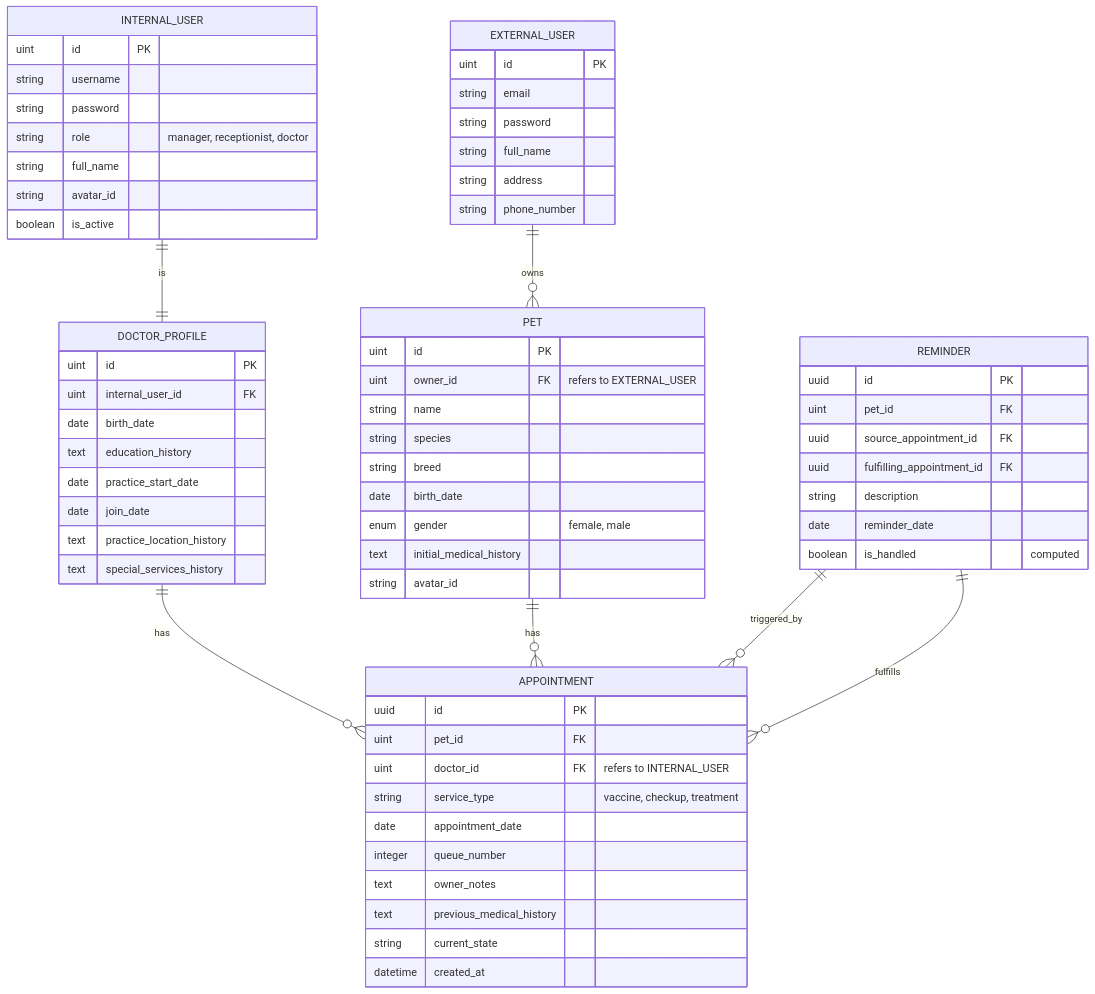
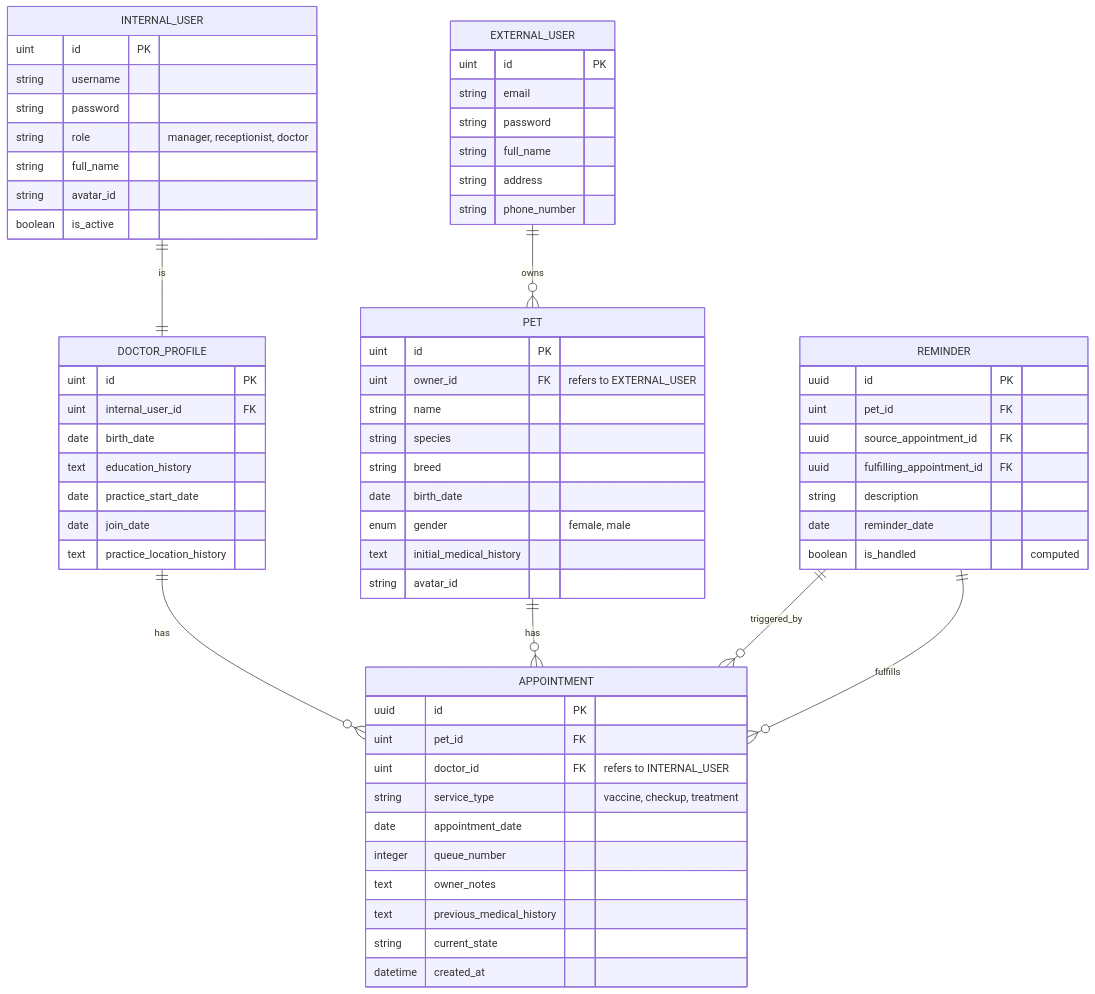
The diagram in DATABASE.md (levirs565/klinik-hewan), drawn with Mermaid before and after one commit. The commit also changed other lines of this file and 6 other files, not shown here.

````diff
--- a/DATABASE.md
+++ b/DATABASE.md
@@ -10,73 +10,72 @@
 ```mermaid
 erDiagram
     EXTERNAL_USER ||--o{ PET : owns
     EXTERNAL_USER {
         uint id PK
         string email
         string password
         string full_name
         string address
         string phone_number
     }
 
     INTERNAL_USER ||--|| DOCTOR_PROFILE : is
     INTERNAL_USER {
         uint id PK
         string username
         string password
         string role "manager, receptionist, doctor"
         string full_name
         string avatar_id
         boolean is_active
     }
 
     DOCTOR_PROFILE ||--o{ APPOINTMENT : has
     DOCTOR_PROFILE {
         uint id PK
         uint internal_user_id FK
         date birth_date
         text education_history
         date practice_start_date
         date join_date
         text practice_location_history
-        text special_services_history
     }
 
     PET ||--o{ APPOINTMENT : has
     PET {
         uint id PK
         uint owner_id FK "refers to EXTERNAL_USER"
         string name
         string species
         string breed
         date birth_date
         enum gender "female, male"
         text initial_medical_history
         string avatar_id
     }
 
     APPOINTMENT {
         uuid id PK
         uint pet_id FK
         uint doctor_id FK "refers to INTERNAL_USER"
         string service_type "vaccine, checkup, treatment"
         date appointment_date
         integer queue_number
         text owner_notes
         text previous_medical_history
         string current_state
         datetime created_at
     }
 
     REMINDER ||--o{ APPOINTMENT : triggered_by
     REMINDER ||--o{ APPOINTMENT : fulfills
     REMINDER {
         uuid id PK
         uint pet_id FK
         uuid source_appointment_id FK
         uuid fulfilling_appointment_id FK
         string description
         date reminder_date
         boolean is_handled "computed"
     }
 ```
````
